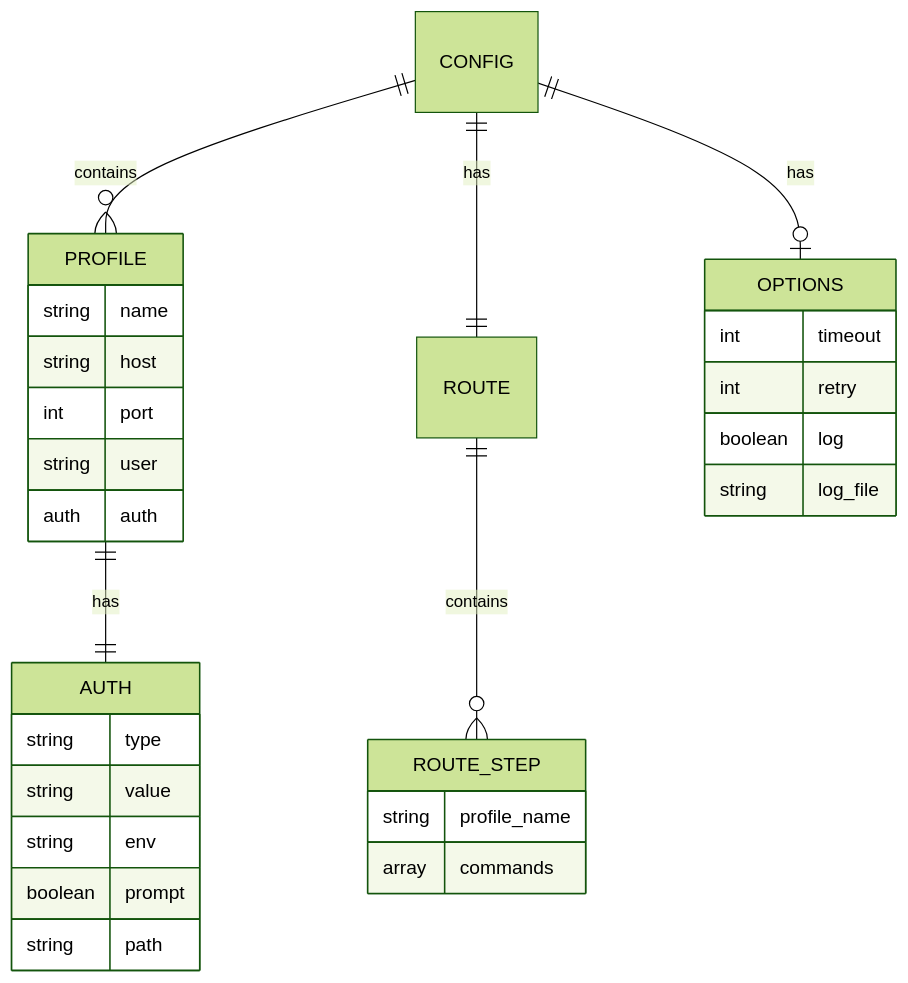
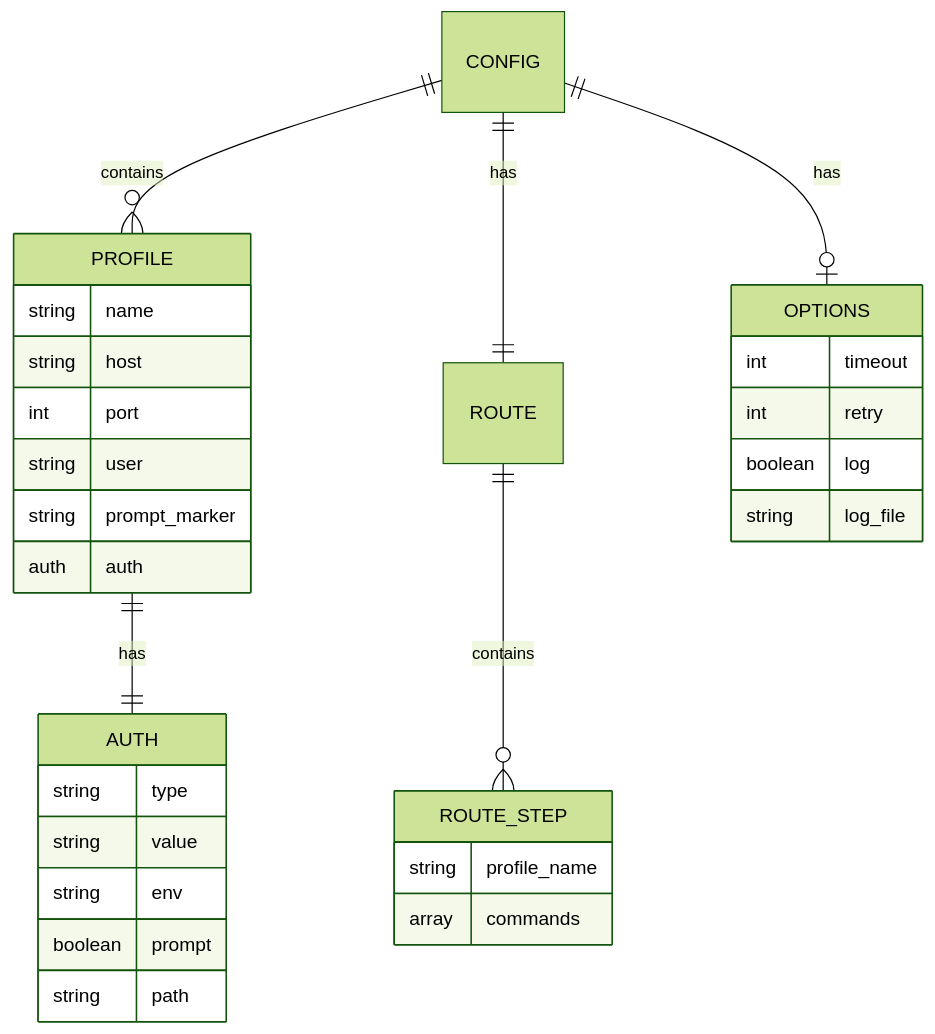
One commit to JHashimoto0518/ttlx changed the second of 7 diagrams in docs/functional-design.md. Above: the diagram before and after it, drawn with Mermaid (forest theme). The commit also changed other lines of this file and 14 other files, not shown here.

First line of the commit message:
refactor: rename prompt field to prompt_marker for clarity

````diff
--- a/docs/functional-design.md
+++ b/docs/functional-design.md
@@ -118,38 +119,39 @@
 ```mermaid
 erDiagram
     CONFIG ||--o{ PROFILE : contains
     CONFIG ||--|| ROUTE : has
     CONFIG ||--o| OPTIONS : has
 
     PROFILE {
         string name
         string host
         int port
         string user
+        string prompt_marker
         auth auth
     }
 
     AUTH {
         string type
         string value
         string env
         boolean prompt
         string path
     }
 
     ROUTE ||--o{ ROUTE_STEP : contains
 
     ROUTE_STEP {
         string profile_name
         array commands
     }
 
     OPTIONS {
         int timeout
         int retry
         boolean log
         string log_file
     }
 
     PROFILE ||--|| AUTH : has
 ```
````
